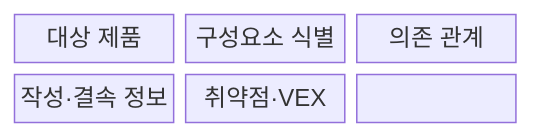
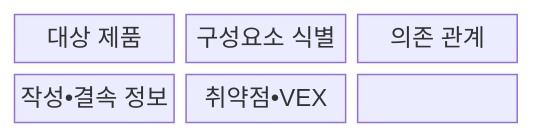
The first of 2 diagrams in src/content/docs/notes/08-latest-tech/187_sbom.md (agnusdei1207/knowledge-base), drawn with Mermaid before and after one commit. The commit also changed other lines of this file and 953 other files, not shown here.

````diff
--- a/src/content/docs/notes/08-latest-tech/187_sbom.md
+++ b/src/content/docs/notes/08-latest-tech/187_sbom.md
@@ -69,11 +69,11 @@
 ```mermaid
 block-beta
   columns 3
   N0["대상 제품"]
   N1["구성요소 식별"]
   N2["의존 관계"]
-  N3["작성·결속 정보"]
-  N4["취약점·VEX"]
+  N3["작성•결속 정보"]
+  N4["취약점•VEX"]
   N0 --- N1 --- N2
   N2 --- N3 --- N4
 ```
````
